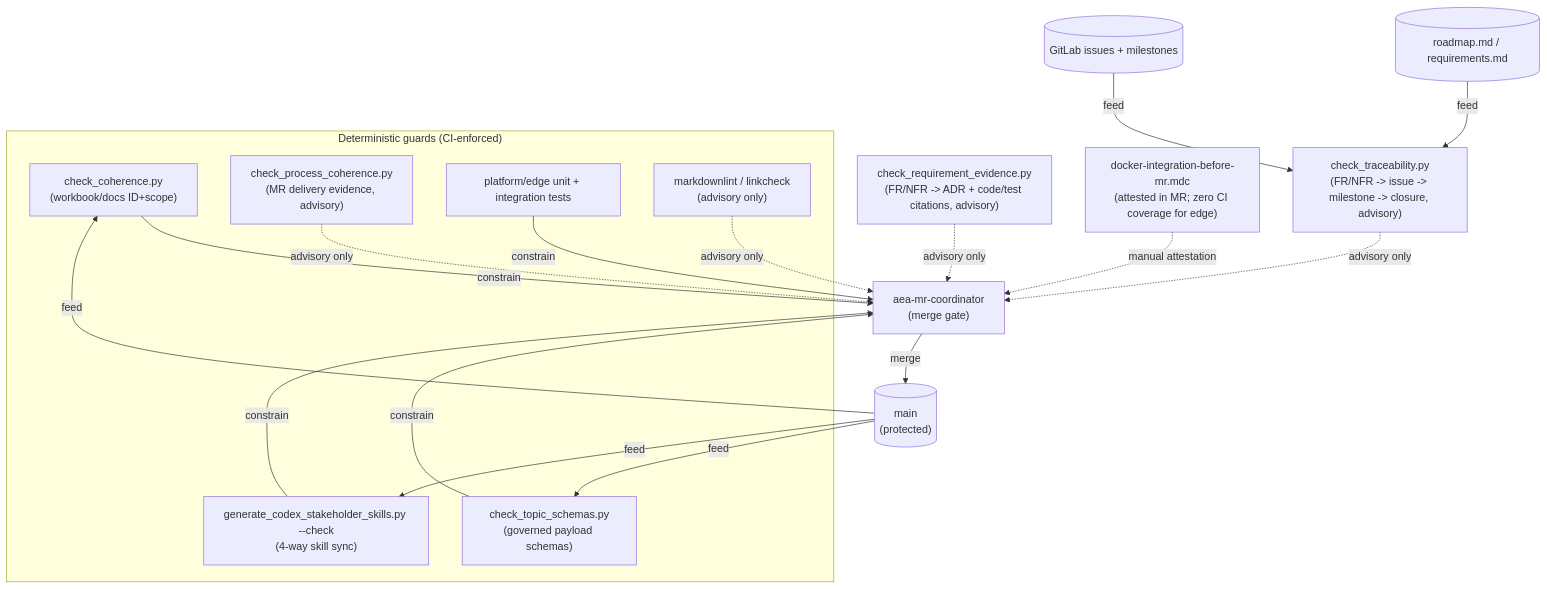
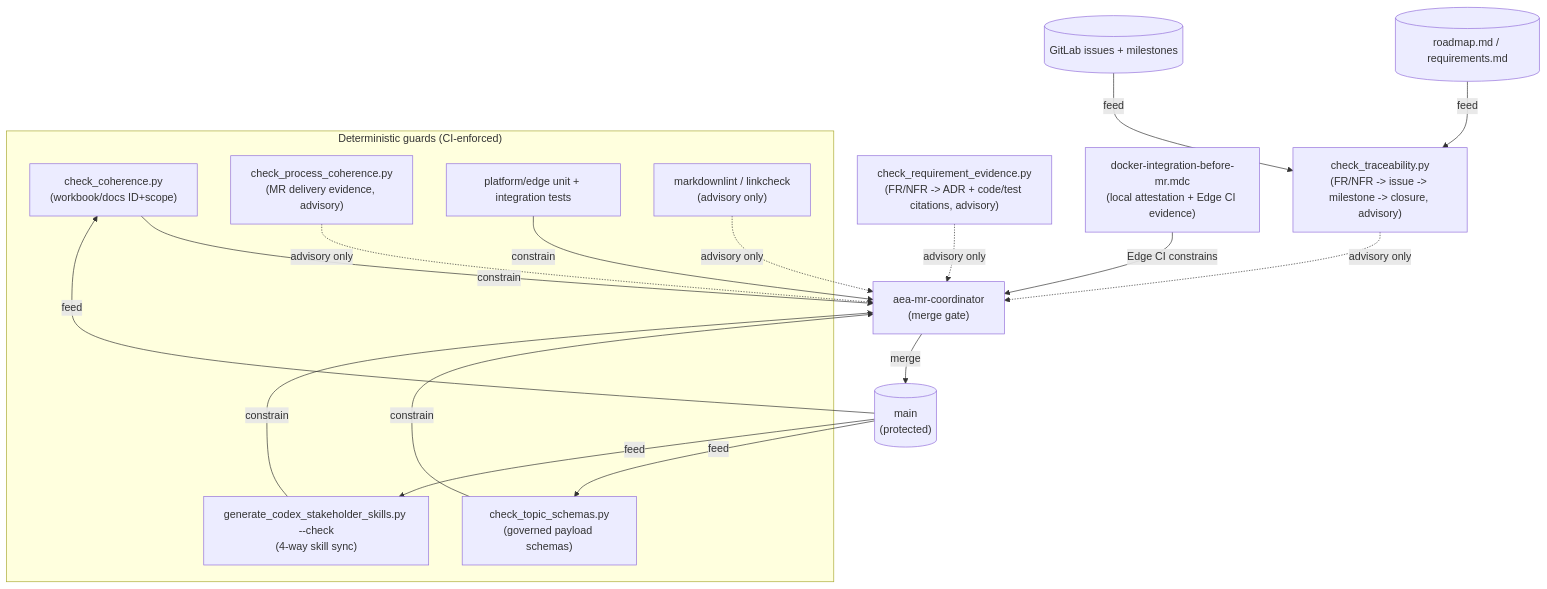
One commit to artofdream/adaptive-experience changed the first of 3 diagrams in research/loop-graph.md. Above: the diagram before and after it, drawn with Mermaid. The commit also changed other lines of this file and 6 other files, not shown here.

Commit message:
ci: verify edge docker integration

````diff
--- a/research/loop-graph.md
+++ b/research/loop-graph.md
@@ -48,35 +48,35 @@
 ```mermaid
 flowchart TD
     subgraph guards["Deterministic guards (CI-enforced)"]
         CC["check_coherence.py<br/>(workbook/docs ID+scope)"]
         TS["check_topic_schemas.py<br/>(governed payload schemas)"]
         SS["generate_codex_stakeholder_skills.py --check<br/>(4-way skill sync)"]
         PC["check_process_coherence.py<br/>(MR delivery evidence, advisory)"]
         PU["platform/edge unit + integration tests"]
         LINT["markdownlint / linkcheck<br/>(advisory only)"]
     end
 
     TRACE["check_traceability.py<br/>(FR/NFR -> issue -> milestone -> closure, advisory)"]
     EVIDENCE["check_requirement_evidence.py<br/>(FR/NFR -> ADR + code/test citations, advisory)"]
-    DOCKER["docker-integration-before-mr.mdc<br/>(attested in MR; zero CI coverage for edge)"]
+    DOCKER["docker-integration-before-mr.mdc<br/>(local attestation + Edge CI evidence)"]
     MRC["aea-mr-coordinator<br/>(merge gate)"]
     MAIN[("main<br/>(protected)")]
     ROADMAP[("roadmap.md / requirements.md")]
     ISSUES[("GitLab issues + milestones")]
 
     CC -- constrain --> MRC
     TS -- constrain --> MRC
     SS -- constrain --> MRC
     PC -. advisory only .-> MRC
     PU -- constrain --> MRC
     LINT -. advisory only .-> MRC
-    DOCKER -. manual attestation .-> MRC
+    DOCKER -- "Edge CI constrains" --> MRC
     ROADMAP -- feed --> TRACE
     ISSUES -- feed --> TRACE
     TRACE -. advisory only .-> MRC
     EVIDENCE -. advisory only .-> MRC
     MRC -- merge --> MAIN
     MAIN -- feed --> CC
     MAIN -- feed --> TS
     MAIN -- feed --> SS
 ```
````
